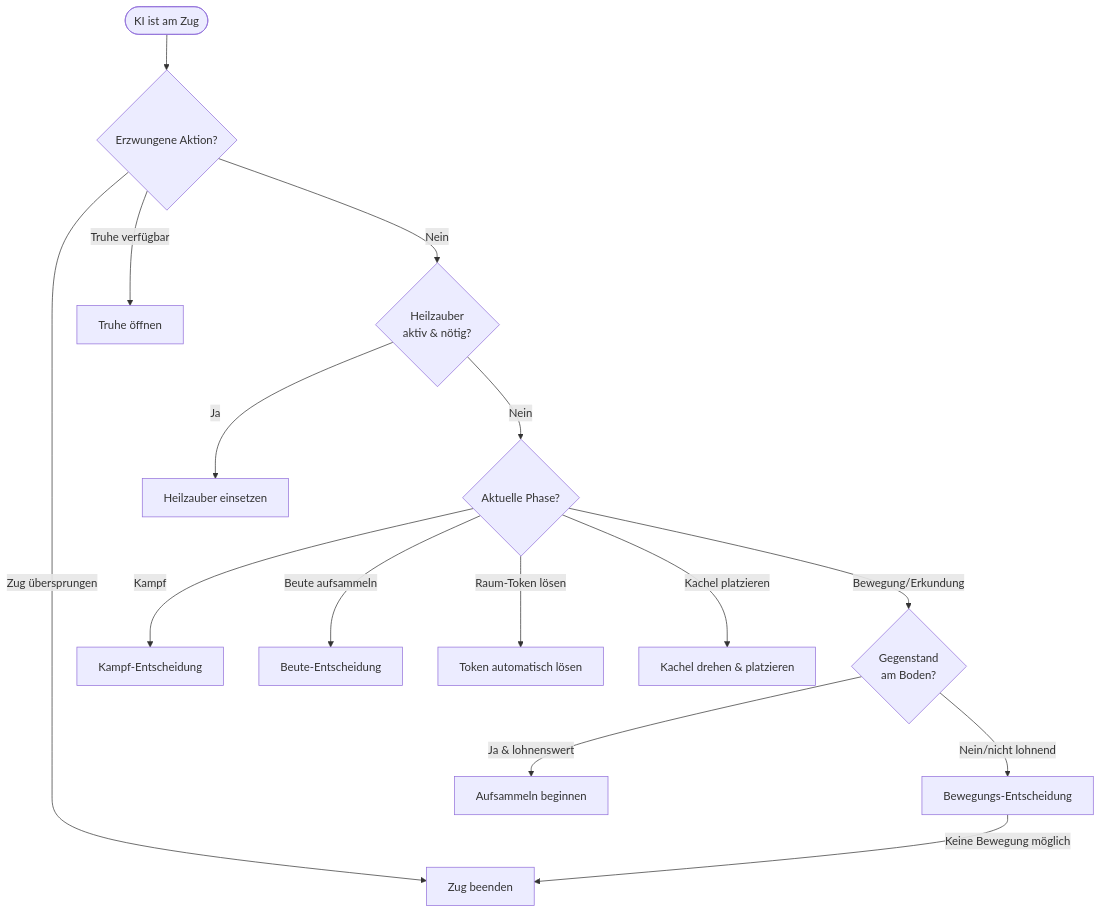
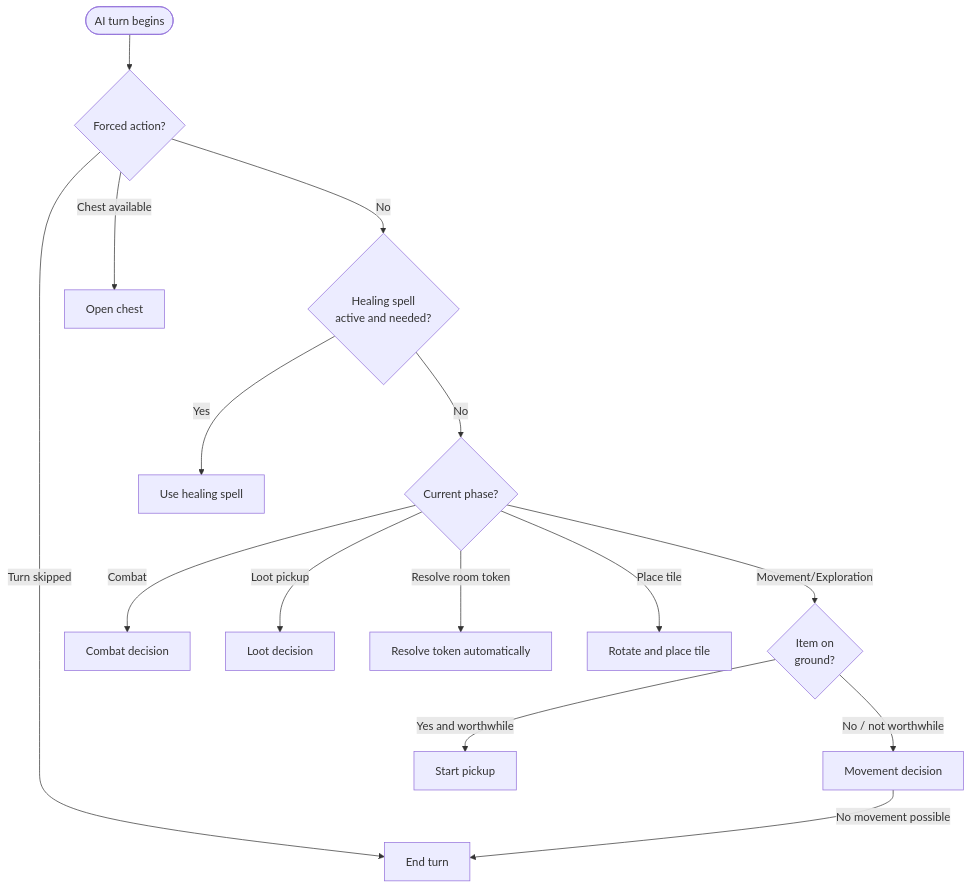
One commit to tnordsiek/down_in_the_dragons_lair changed the diagram in docs/ai-decision-making.md. Above: the diagram before and after it, drawn with Mermaid. The commit also changed other lines of this file and 1 other file, not shown here.

````diff
--- a/docs/ai-decision-making.md
+++ b/docs/ai-decision-making.md
@@ -25,20 +25,20 @@
 ```mermaid
 flowchart TD
-    Start([KI ist am Zug]) --> ForceCheck{Erzwungene Aktion?}
-    ForceCheck -- "Zug übersprungen" --> EndTurn[Zug beenden]
-    ForceCheck -- "Truhe verfügbar" --> OpenChest[Truhe öffnen]
-    ForceCheck -- Nein --> HealCheck{Heilzauber\naktiv & nötig?}
+    Start([AI turn begins]) --> ForceCheck{Forced action?}
+    ForceCheck -- "Turn skipped" --> EndTurn[End turn]
+    ForceCheck -- "Chest available" --> OpenChest[Open chest]
+    ForceCheck -- No --> HealCheck{Healing spell\nactive and needed?}
 
-    HealCheck -- Ja --> Heal[Heilzauber einsetzen]
-    HealCheck -- Nein --> PhaseSwitch{Aktuelle Phase?}
+    HealCheck -- Yes --> Heal[Use healing spell]
+    HealCheck -- No --> PhaseSwitch{Current phase?}
 
-    PhaseSwitch -- Kampf --> Combat[Kampf-Entscheidung]
-    PhaseSwitch -- Beute aufsammeln --> Loot[Beute-Entscheidung]
-    PhaseSwitch -- Raum-Token lösen --> RoomToken[Token automatisch lösen]
-    PhaseSwitch -- Kachel platzieren --> Tile[Kachel drehen & platzieren]
-    PhaseSwitch -- Bewegung/Erkundung --> GroundCheck{Gegenstand\nam Boden?}
+    PhaseSwitch -- Combat --> Combat[Combat decision]
+    PhaseSwitch -- Loot pickup --> Loot[Loot decision]
+    PhaseSwitch -- Resolve room token --> RoomToken[Resolve token automatically]
+    PhaseSwitch -- Place tile --> Tile[Rotate and place tile]
+    PhaseSwitch -- Movement/Exploration --> GroundCheck{Item on\nground?}
 
-    GroundCheck -- Ja & lohnenswert --> BeginLoot[Aufsammeln beginnen]
-    GroundCheck -- Nein/nicht lohnend --> Move[Bewegungs-Entscheidung]
-    Move -- Keine Bewegung möglich --> EndTurn
+    GroundCheck -- "Yes and worthwhile" --> BeginLoot[Start pickup]
+    GroundCheck -- "No / not worthwhile" --> Move[Movement decision]
+    Move -- "No movement possible" --> EndTurn
 ```
````
